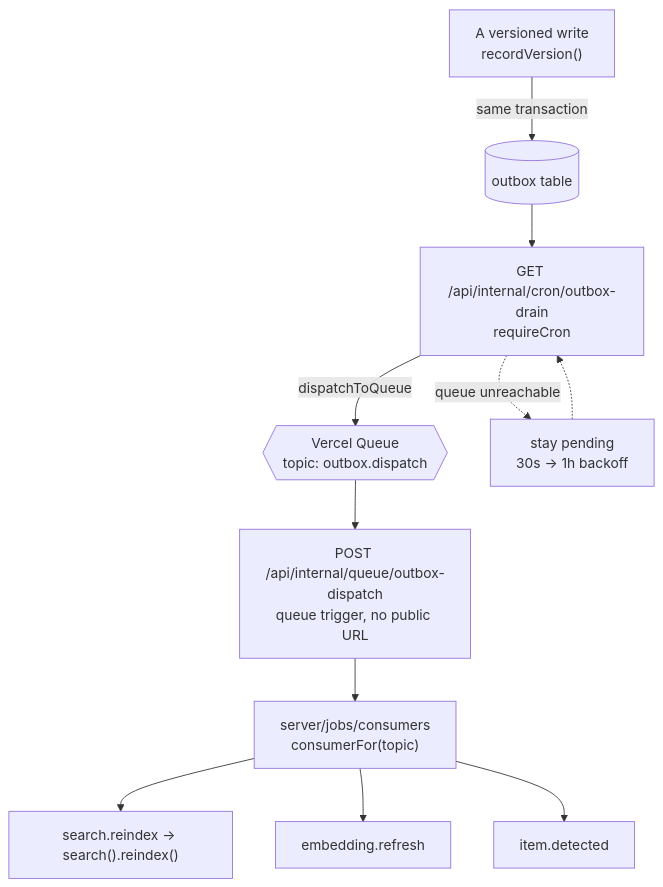
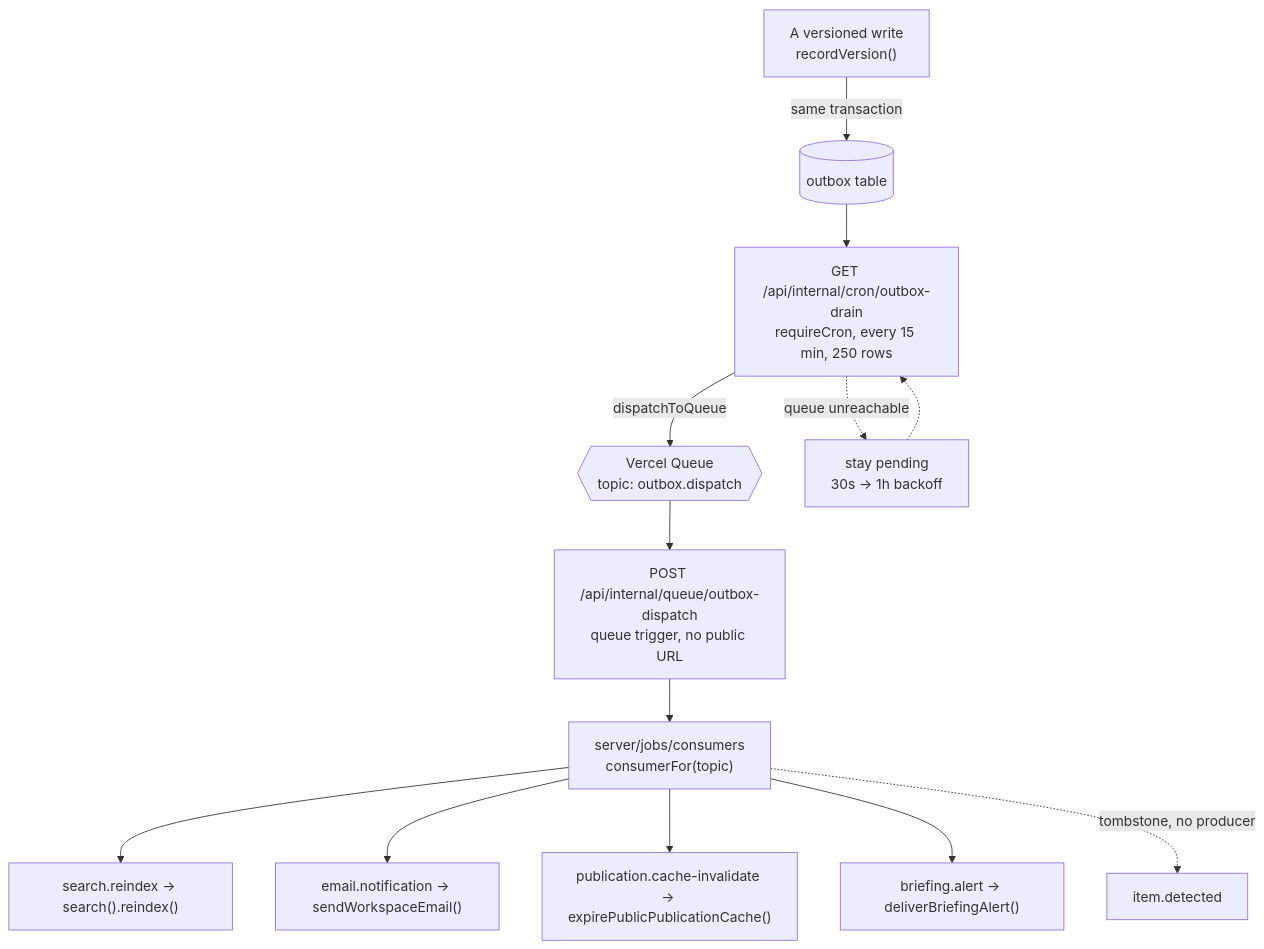
Before and after one commit to lions-admin/lions-of-zion: the fourth of 6 diagrams in docs/architecture.md, drawn with Mermaid. The commit also changed other lines of this file and 37 other files, not shown here.

````diff
--- a/docs/architecture.md
+++ b/docs/architecture.md
@@ -327,15 +374,17 @@
 ```mermaid
 flowchart TB
     W["A versioned write<br/>recordVersion()"] -->|"same transaction"| OB[("outbox table")]
 
-    OB --> Drain["GET /api/internal/cron/outbox-drain<br/>requireCron"]
+    OB --> Drain["GET /api/internal/cron/outbox-drain<br/>requireCron, every 15 min, 250 rows"]
     Drain -->|"dispatchToQueue"| Q{{"Vercel Queue<br/>topic: outbox.dispatch"}}
     Q --> Disp["POST /api/internal/queue/outbox-dispatch<br/>queue trigger, no public URL"]
     Disp --> Cons["server/jobs/consumers<br/>consumerFor(topic)"]
     Cons --> Reindex["search.reindex → search().reindex()"]
-    Cons --> Embed["embedding.refresh"]
-    Cons --> Detect["item.detected"]
+    Cons --> Email["email.notification → sendWorkspaceEmail()"]
+    Cons --> Invalidate["publication.cache-invalidate → expirePublicPublicationCache()"]
+    Cons --> Alert["briefing.alert → deliverBriefingAlert()"]
+    Cons -.->|"tombstone, no producer"| Detect["item.detected"]
 
     Drain -.->|"queue unreachable"| Backoff["stay pending<br/>30s → 1h backoff"]
     Backoff -.-> Drain
 ```
````
